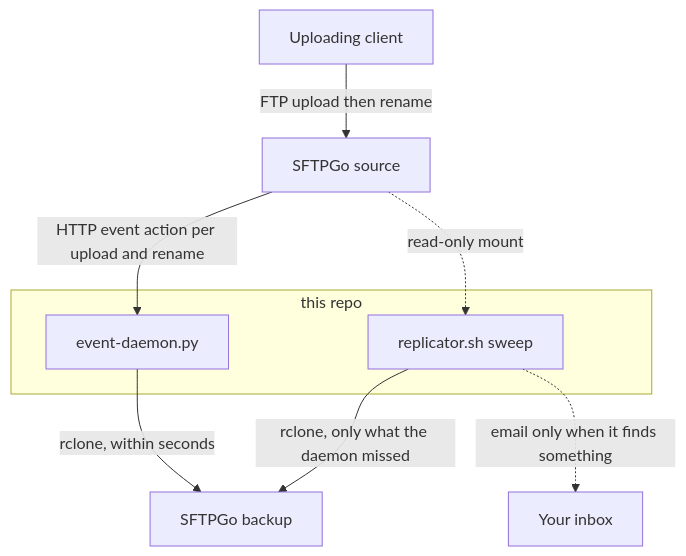
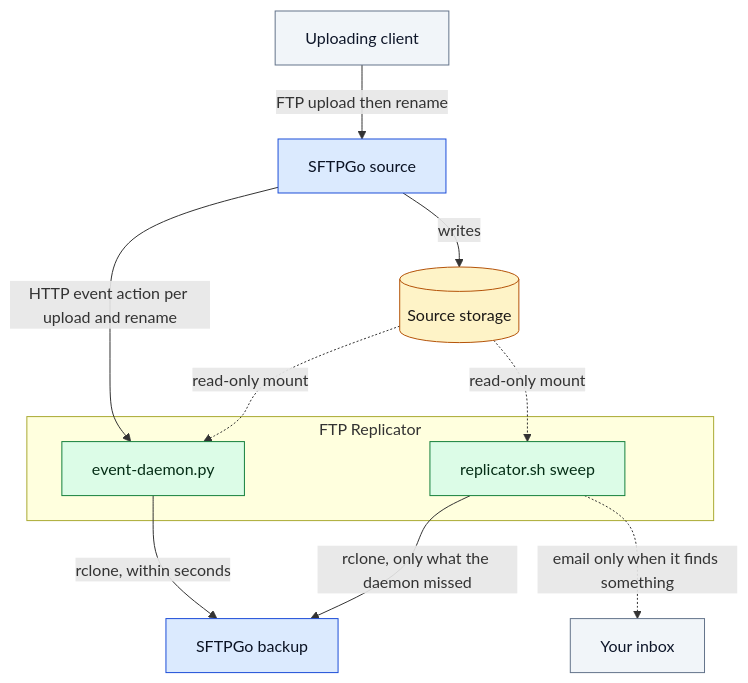
Before and after one commit to andrebrait/ftp-replicator: the diagram in README.md, drawn with Mermaid. The commit also changed 2 other files, not shown here.

Commit message:
docs: show the shared read-only mount in the diagram
The daemon reads the source data directory too -- same read-only mount as
the sweep, same container -- which the previous diagram left out. Adds the
storage as its own node, names the subgraph FTP Replicator, and gives the
nodes explicit fills and text colours so they read the same in GitHub's
light and dark themes.

````diff
--- a/README.md
+++ b/README.md
@@ -11,21 +11,33 @@
 ```mermaid
 flowchart TD
     client[Uploading client]
     source[SFTPGo source]
+    store[(Source storage)]
     daemon[event-daemon.py]
     sweep[replicator.sh sweep]
     backup[SFTPGo backup]
     inbox[Your inbox]
 
     client -->|FTP upload then rename| source
+    source -->|writes| store
     source -->|HTTP event action per upload and rename| daemon
-    source -.->|read-only mount| sweep
+    store -.->|read-only mount| daemon
+    store -.->|read-only mount| sweep
     daemon -->|rclone, within seconds| backup
     sweep -->|rclone, only what the daemon missed| backup
     sweep -.->|email only when it finds something| inbox
 
-    subgraph repo [this repo]
+    subgraph repo [FTP Replicator]
         daemon
         sweep
     end
+
+    classDef sftpgo fill:#dbeafe,stroke:#1d4ed8,color:#0b1324
+    classDef ours fill:#dcfce7,stroke:#15803d,color:#052e16
+    classDef outside fill:#f1f5f9,stroke:#64748b,color:#0f172a
+    classDef disk fill:#fef3c7,stroke:#b45309,color:#1c1917
+    class source,backup sftpgo
+    class daemon,sweep ours
+    class client,inbox outside
+    class store disk
 ```
````
